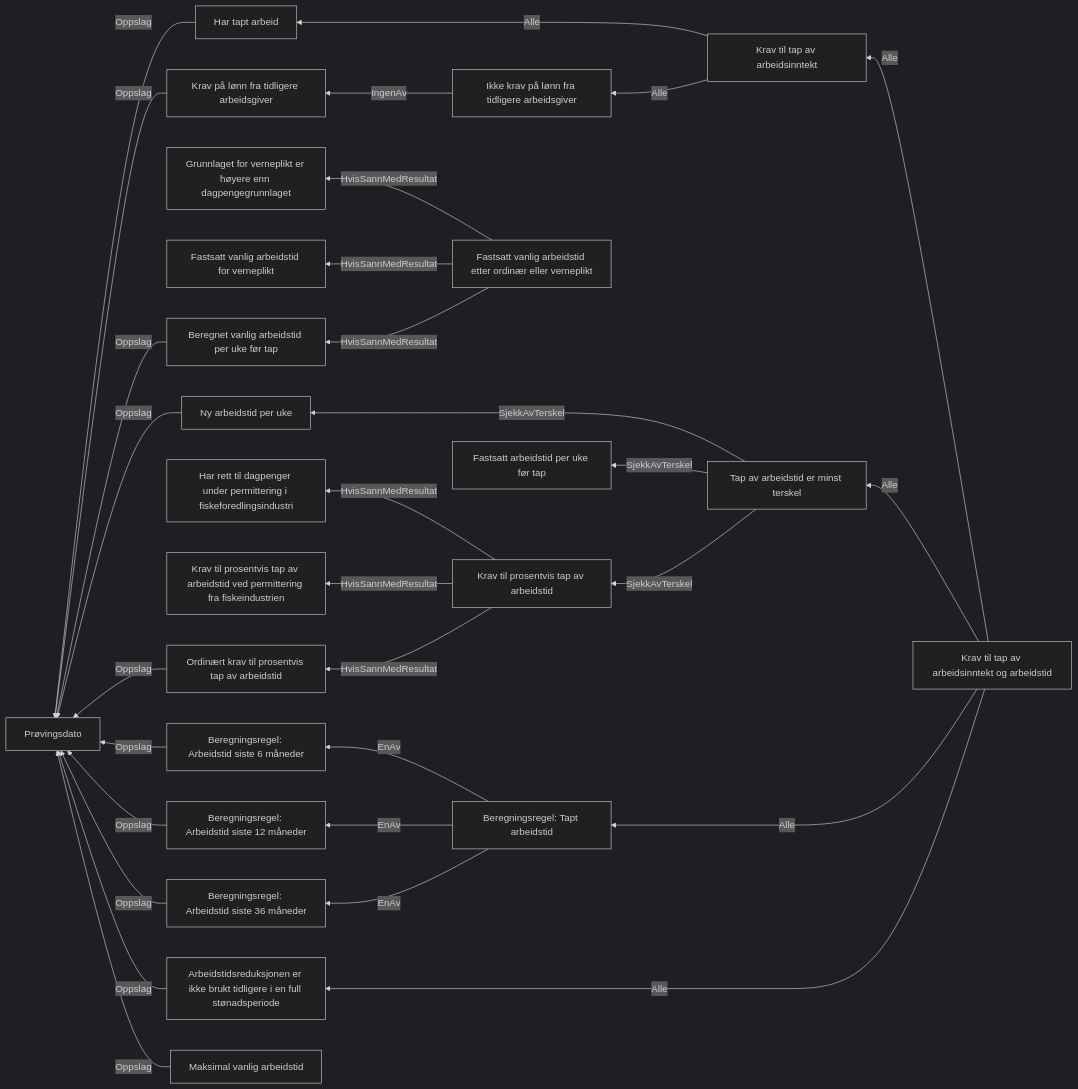
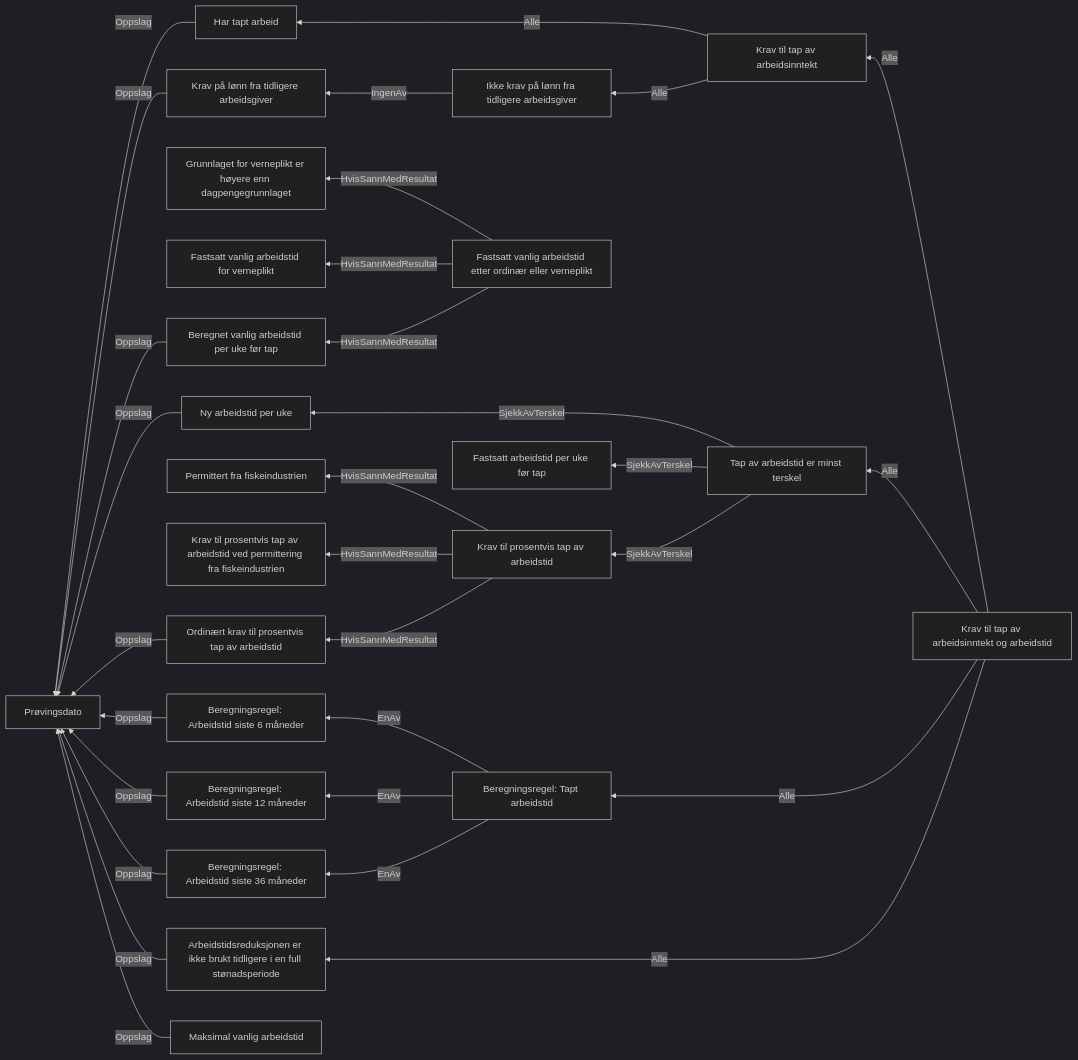
Before and after one commit to navikt/dp-behandling: the diagram in docs/regler/§ 4-3. Tap av arbeidsinntekt og arbeidstid.approved.md, drawn with Mermaid (dark theme). The commit also changed 12 other files, not shown here.

````diff
--- a/docs/regler/§ 4-3. Tap av arbeidsinntekt og arbeidstid.approved.md
+++ b/docs/regler/§ 4-3. Tap av arbeidsinntekt og arbeidstid.approved.md
@@ -5,32 +5,32 @@
 ```mermaid
 graph RL
   A["Har tapt arbeid"] -->|"Oppslag"| B["Prøvingsdato"]
   C["Krav på lønn fra tidligere arbeidsgiver"] -->|"Oppslag"| B["Prøvingsdato"]
   D["Ikke krav på lønn fra tidligere arbeidsgiver"] -->|"IngenAv"| C["Krav på lønn fra tidligere arbeidsgiver"]
   E["Krav til tap av arbeidsinntekt"] -->|"Alle"| A["Har tapt arbeid"]
   E["Krav til tap av arbeidsinntekt"] -->|"Alle"| D["Ikke krav på lønn fra tidligere arbeidsgiver"]
   F["Ordinært krav til prosentvis tap av arbeidstid"] -->|"Oppslag"| B["Prøvingsdato"]
-  G["Krav til prosentvis tap av arbeidstid"] -->|"HvisSannMedResultat"| H["Har rett til dagpenger under permittering i fiskeforedlingsindustri"]
+  G["Krav til prosentvis tap av arbeidstid"] -->|"HvisSannMedResultat"| H["Permittert fra fiskeindustrien"]
   G["Krav til prosentvis tap av arbeidstid"] -->|"HvisSannMedResultat"| I["Krav til prosentvis tap av arbeidstid ved permittering fra fiskeindustrien"]
   G["Krav til prosentvis tap av arbeidstid"] -->|"HvisSannMedResultat"| F["Ordinært krav til prosentvis tap av arbeidstid"]
   J["Beregningsregel: Arbeidstid siste 6 måneder"] -->|"Oppslag"| B["Prøvingsdato"]
   K["Beregningsregel: Arbeidstid siste 12 måneder"] -->|"Oppslag"| B["Prøvingsdato"]
   L["Beregningsregel: Arbeidstid siste 36 måneder"] -->|"Oppslag"| B["Prøvingsdato"]
   M["Beregnet vanlig arbeidstid per uke før tap"] -->|"Oppslag"| B["Prøvingsdato"]
   N["Arbeidstidsreduksjonen er ikke brukt tidligere i en full stønadsperiode"] -->|"Oppslag"| B["Prøvingsdato"]
   O["Fastsatt vanlig arbeidstid etter ordinær eller verneplikt"] -->|"HvisSannMedResultat"| P["Grunnlaget for verneplikt er høyere enn dagpengegrunnlaget"]
   O["Fastsatt vanlig arbeidstid etter ordinær eller verneplikt"] -->|"HvisSannMedResultat"| Q["Fastsatt vanlig arbeidstid for verneplikt"]
   O["Fastsatt vanlig arbeidstid etter ordinær eller verneplikt"] -->|"HvisSannMedResultat"| M["Beregnet vanlig arbeidstid per uke før tap"]
   R["Ny arbeidstid per uke"] -->|"Oppslag"| B["Prøvingsdato"]
   S["Maksimal vanlig arbeidstid"] -->|"Oppslag"| B["Prøvingsdato"]
   T["Tap av arbeidstid er minst terskel"] -->|"SjekkAvTerskel"| R["Ny arbeidstid per uke"]
   T["Tap av arbeidstid er minst terskel"] -->|"SjekkAvTerskel"| U["Fastsatt arbeidstid per uke før tap"]
   T["Tap av arbeidstid er minst terskel"] -->|"SjekkAvTerskel"| G["Krav til prosentvis tap av arbeidstid"]
   V["Beregningsregel: Tapt arbeidstid"] -->|"EnAv"| J["Beregningsregel: Arbeidstid siste 6 måneder"]
   V["Beregningsregel: Tapt arbeidstid"] -->|"EnAv"| K["Beregningsregel: Arbeidstid siste 12 måneder"]
   V["Beregningsregel: Tapt arbeidstid"] -->|"EnAv"| L["Beregningsregel: Arbeidstid siste 36 måneder"]
   W["Krav til tap av arbeidsinntekt og arbeidstid"] -->|"Alle"| E["Krav til tap av arbeidsinntekt"]
   W["Krav til tap av arbeidsinntekt og arbeidstid"] -->|"Alle"| T["Tap av arbeidstid er minst terskel"]
   W["Krav til tap av arbeidsinntekt og arbeidstid"] -->|"Alle"| V["Beregningsregel: Tapt arbeidstid"]
   W["Krav til tap av arbeidsinntekt og arbeidstid"] -->|"Alle"| N["Arbeidstidsreduksjonen er ikke brukt tidligere i en full stønadsperiode"]
 ```
````
